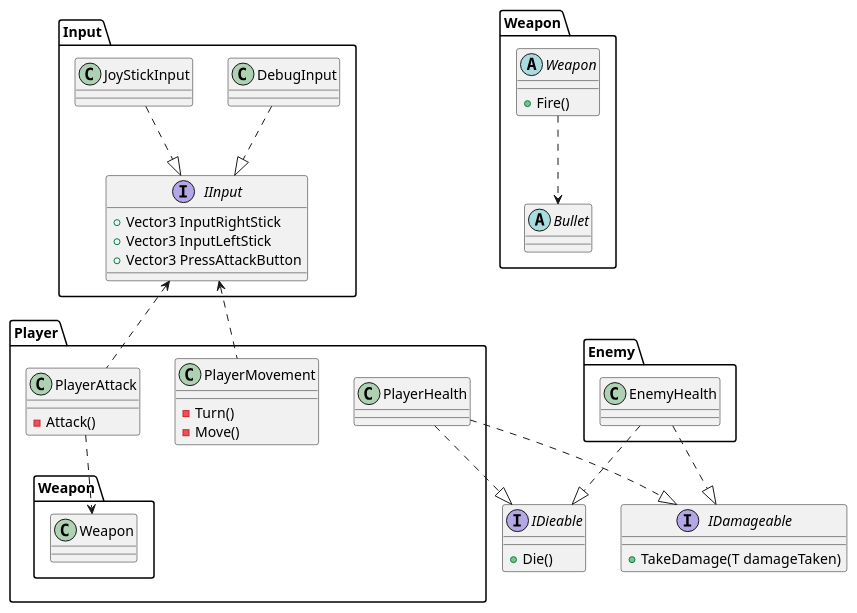
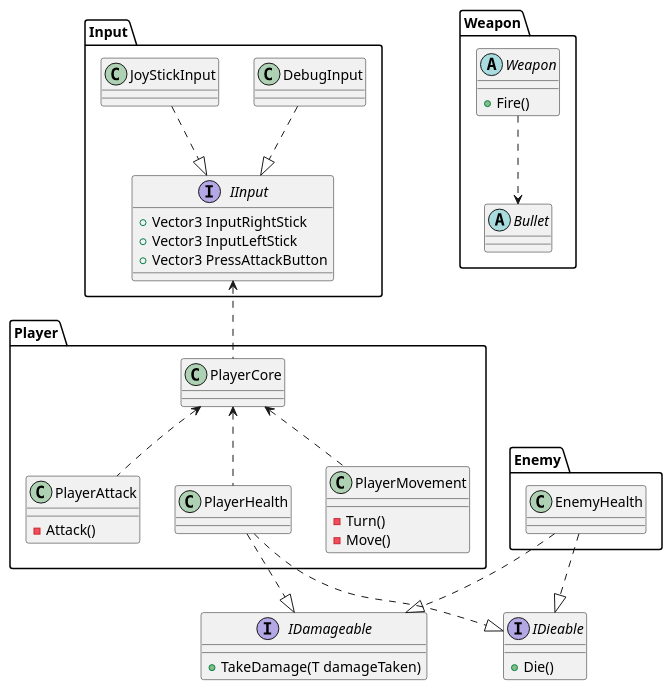
Before and after one commit to makabedaze/SphereShooter: the diagram in ClassDiagram.pu, drawn with PlantUML. The commit also changed 9 other files, not shown here.

```diff
--- a/ClassDiagram.pu
+++ b/ClassDiagram.pu
@@ -1,75 +1,81 @@
 @startuml
 namespace Input{
     class DebugInput
     {
     }
     DebugInput ..d|> IInput
     class JoyStickInput
     {
     }
     JoyStickInput ..d|> IInput
         interface IInput
     {
        + Vector3 InputRightStick
        + Vector3 InputLeftStick
        + Vector3 PressAttackButton
     }
 }
 
 namespace Player{
     class PlayerHealth
     {
 
     }
+    PlayerHealth ..u> Player.PlayerCore
+
+    class PlayerCore
+    {
+
+    }
+    PlayerCore ..u> Input.IInput
     
     class PlayerMovement
     { 
           
       - Turn()
       - Move()
     }
-    PlayerMovement ..u> Input.IInput
+    PlayerMovement ..u> Player.PlayerCore
     
     class PlayerAttack
     { 
       - Attack()
     }
-    PlayerAttack ..u> Input.IInput
-    PlayerAttack ..> Weapon.Weapon
+    PlayerAttack ..u> Player.PlayerCore
 }
 
 namespace Weapon{
     abstract class Weapon
     {
         + Fire()
     }
     Weapon ..> Bullet
 
     abstract class Bullet
 }
 
 namespace Enemy{
     class EnemyHealth
     {
 
     }
 }
 
 interface IDamageable
 {
     + TakeDamage(T damageTaken)
 }
 Player.PlayerHealth ..|> IDamageable
 Enemy.EnemyHealth ..|> IDamageable
 
 
 interface IDieable
 {
     + Die()
 }
 Player.PlayerHealth ..|> IDieable
 Enemy.EnemyHealth ..|> IDieable
 
 
 
 @enduml
```
